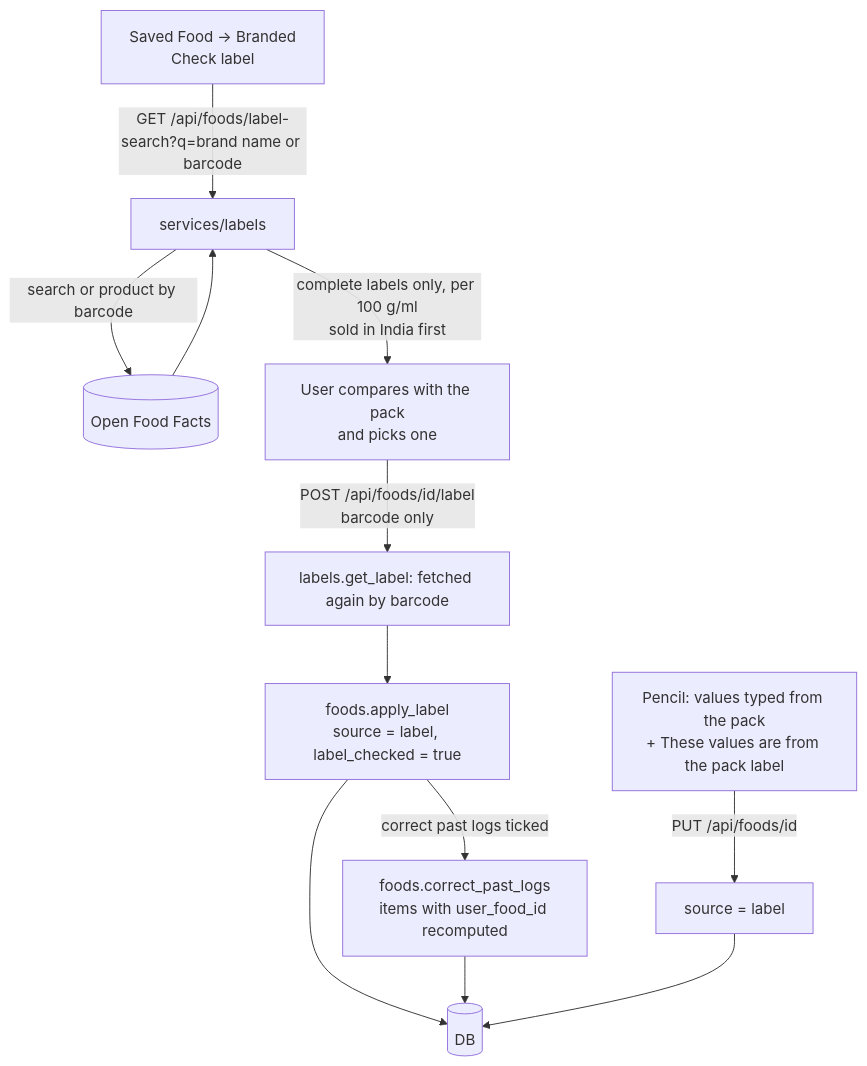
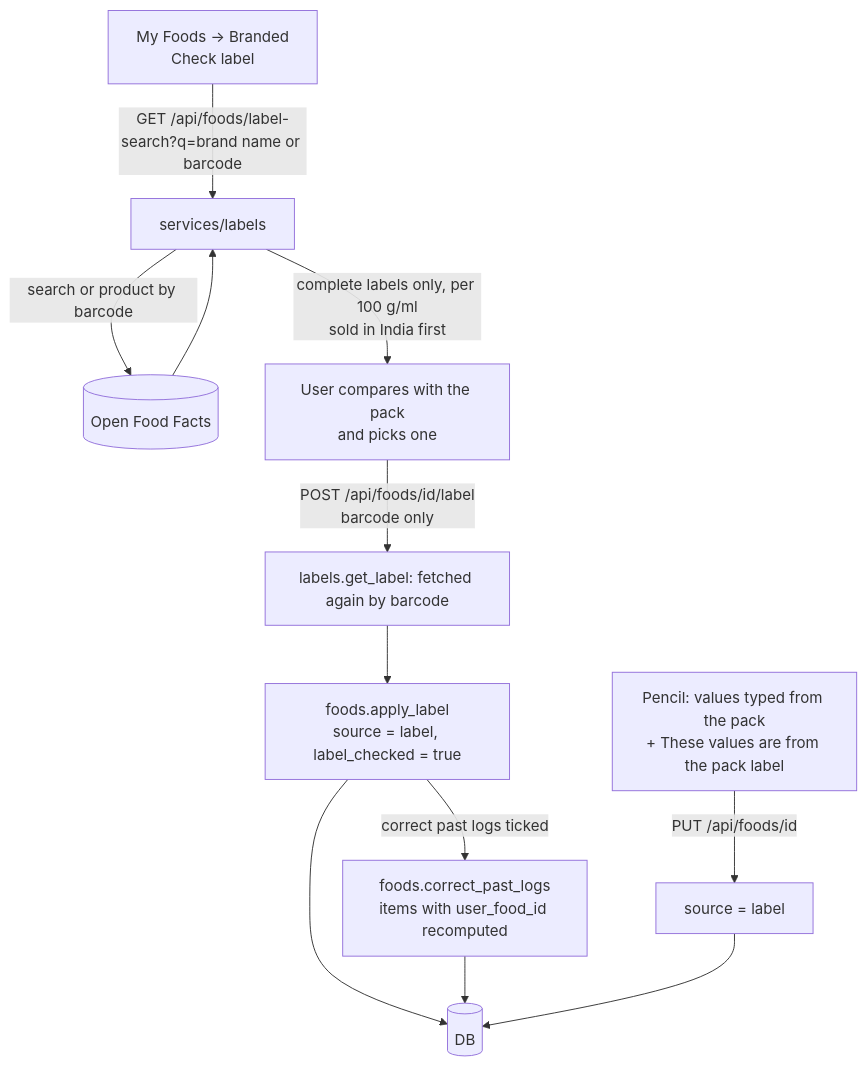
The ninth of 11 diagrams in docs/hld.md (NeoAnushka21/tracker_poc), drawn with Mermaid before and after one commit. The commit also changed other lines of this file and 27 other files, not shown here.

````diff
--- a/docs/hld.md
+++ b/docs/hld.md
@@ -221,13 +221,13 @@
 ```mermaid
 flowchart TB
-    B[Saved Food → Branded<br/>Check label] -->|GET /api/foods/label-search?q=brand name or barcode| LS[services/labels]
+    B[My Foods → Branded<br/>Check label] -->|GET /api/foods/label-search?q=brand name or barcode| LS[services/labels]
     LS -->|search or product by barcode| OFF[(Open Food Facts)]
     OFF --> LS
     LS -->|complete labels only, per 100 g/ml<br/>sold in India first| P[User compares with the pack<br/>and picks one]
     P -->|POST /api/foods/id/label<br/>barcode only| AP[labels.get_label: fetched again by barcode]
     AP --> F[foods.apply_label<br/>source = label, label_checked = true]
     F -->|correct past logs ticked| C[foods.correct_past_logs<br/>items with user_food_id recomputed]
     F --> DB[(DB)]
     C --> DB
     M[Pencil: values typed from the pack<br/>+ These values are from the pack label] -->|PUT /api/foods/id| F2[source = label] --> DB
 ```
````
